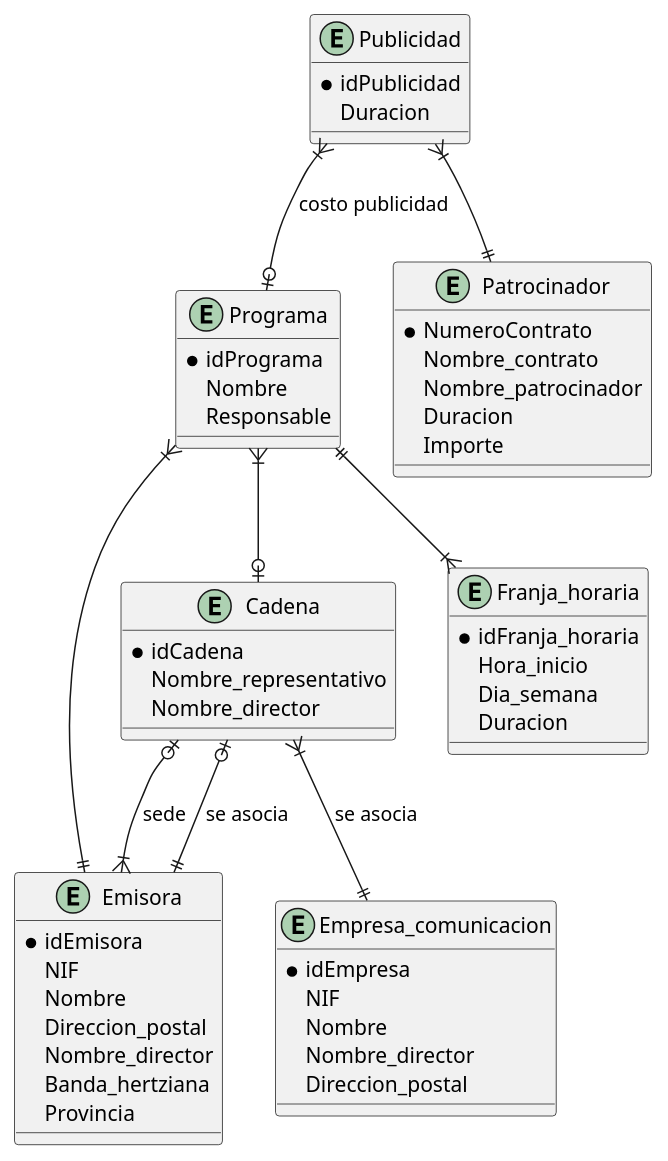
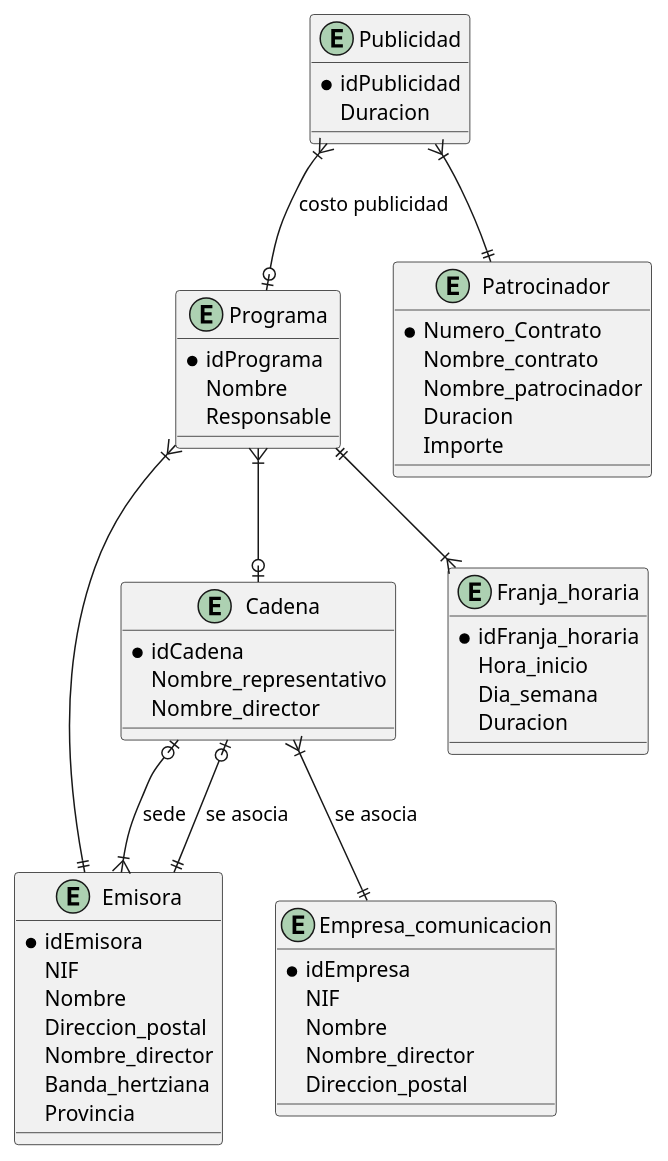
One commit to DiegoPeredo/BASDAT changed the diagram in Radio.puml. Above: the diagram before and after it, drawn with PlantUML.

Commit message:
A medias pero sirve

```diff
--- a/Radio.puml
+++ b/Radio.puml
@@ -1,61 +1,61 @@
 @startuml Radio
 
 entity Emisora {
   *idEmisora
   NIF
   Nombre
   Direccion_postal
   Nombre_director
   Banda_hertziana
   Provincia
 }
 
 entity Cadena {
   *idCadena
   Nombre_representativo
   Nombre_director
 }
 
 entity Programa {
   *idPrograma
   Nombre
   Responsable 
 }
 
 entity Franja_horaria {
   *idFranja_horaria
   Hora_inicio
   Dia_semana
   Duracion
 }
 
 entity Empresa_comunicacion {
   *idEmpresa
   NIF
   Nombre
   Nombre_director
   Direccion_postal
 }
 
 entity Publicidad {
   *idPublicidad
   Duracion
 }
 
 entity Patrocinador {
-  *NumeroContrato
+  *Numero_Contrato
   Nombre_contrato
   Nombre_patrocinador
   Duracion
   Importe
 }
 
 Cadena |o--|{ Emisora :sede
 Cadena |o--|| Emisora :se asocia
 Cadena }|--|| Empresa_comunicacion :se asocia
 Programa ||--|{ Franja_horaria
 Programa }|--|| Emisora
 Programa }|--o| Cadena
 Publicidad }|--|| Patrocinador
 Publicidad }|--o| Programa :costo publicidad
 @enduml
```
